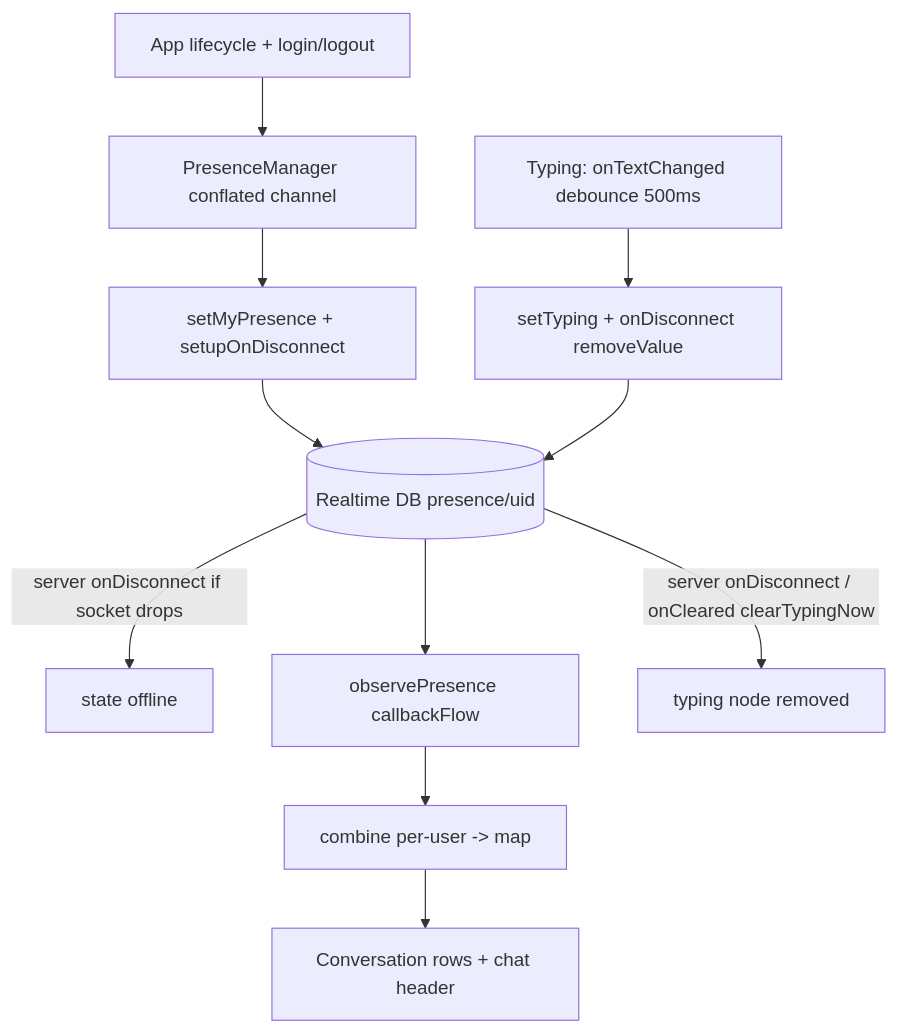
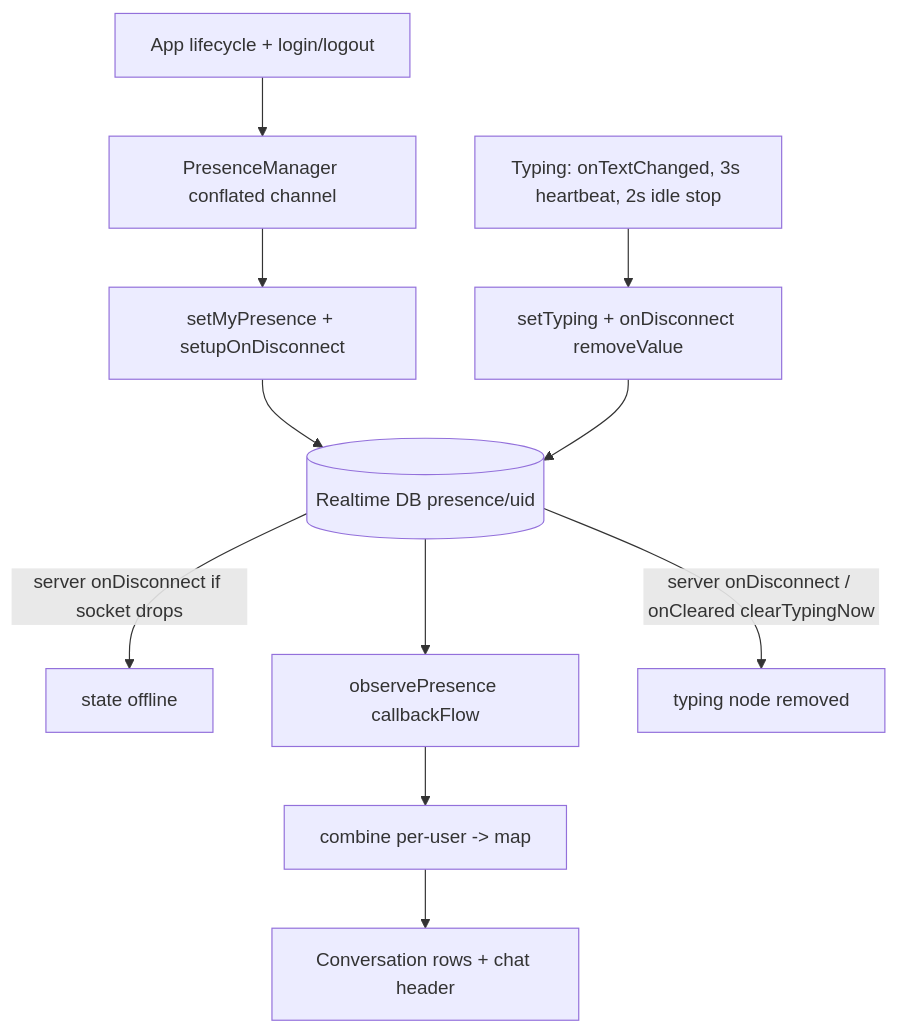
The diagram in 02 - Features/Presence and Typing.md (DerekBurned/messenger-docs), drawn with Mermaid before and after one commit. The commit also changed other lines of this file and 88 other files, not shown here.

````diff
--- a/02 - Features/Presence and Typing.md
+++ b/02 - Features/Presence and Typing.md
@@ -113,13 +116,13 @@
 ```mermaid
 flowchart TD
     LC[App lifecycle + login/logout] --> PM[PresenceManager conflated channel]
     PM --> SET[setMyPresence + setupOnDisconnect]
     SET --> RTDB[(Realtime DB presence/uid)]
     RTDB -->|server onDisconnect if socket drops| OFF[state offline]
     RTDB --> OBS[observePresence callbackFlow]
     OBS --> COMB[combine per-user -> map]
     COMB --> ROWS[Conversation rows + chat header]
-    TXT[Typing: onTextChanged debounce 500ms] --> TSET[setTyping + onDisconnect removeValue]
+    TXT[Typing: onTextChanged, 3s heartbeat, 2s idle stop] --> TSET[setTyping + onDisconnect removeValue]
     TSET --> RTDB
     RTDB -->|server onDisconnect / onCleared clearTypingNow| TCLR[typing node removed]
 ```
````
